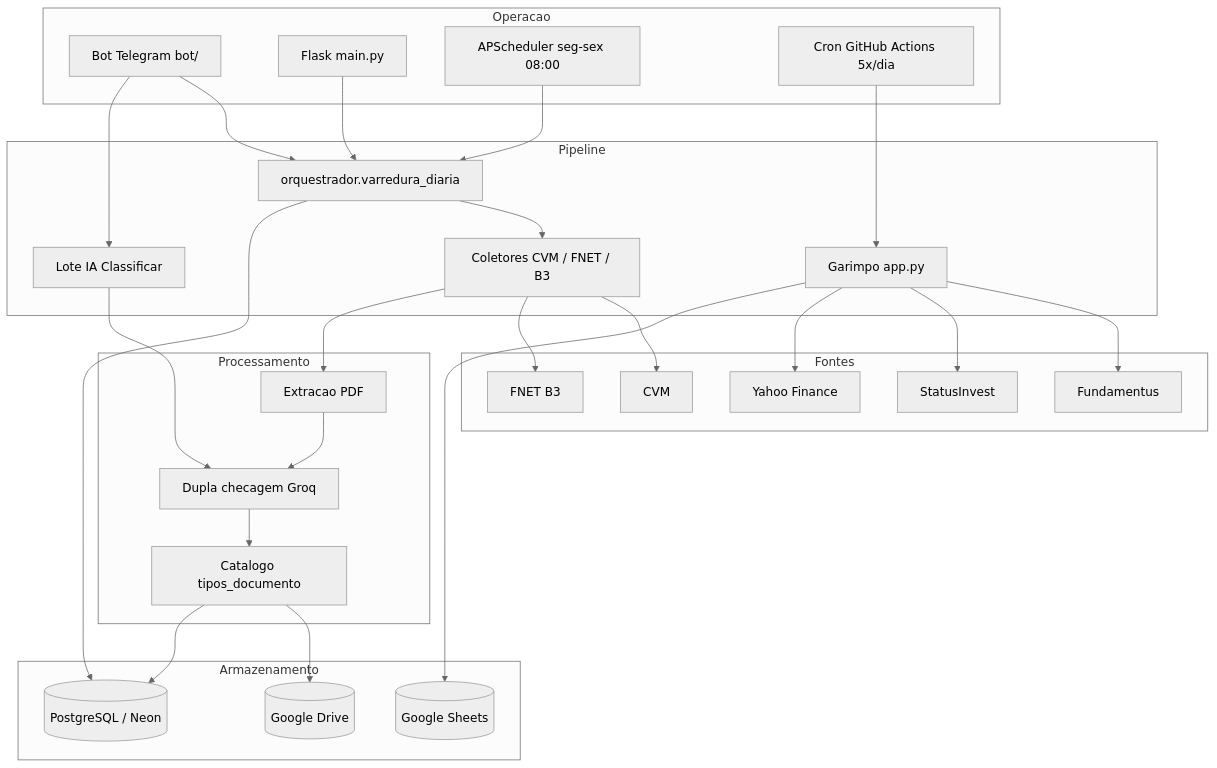
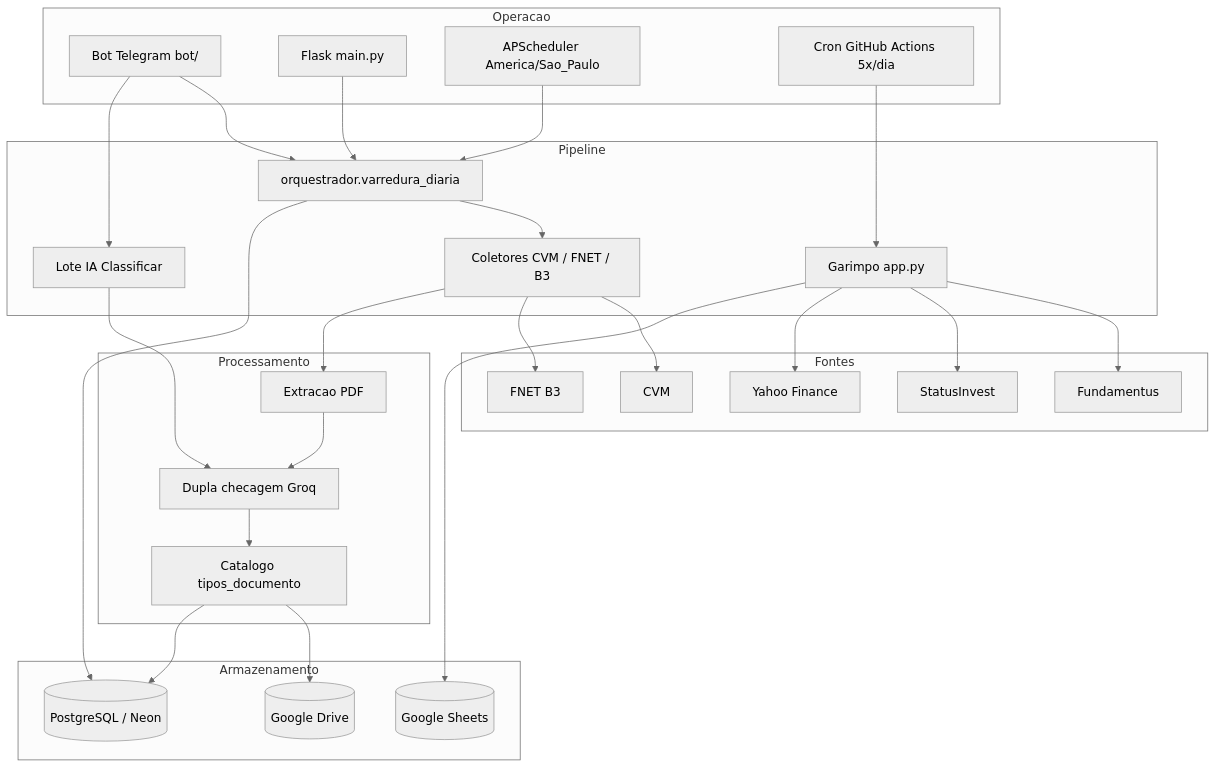
The diagram in README.md (WandesonMarcone/robo-financeiro), drawn with Mermaid (neutral theme) before and after one commit. The commit also changed other lines of this file and 9 other files, not shown here.

````diff
--- a/README.md
+++ b/README.md
@@ -36,51 +36,51 @@
 ```mermaid
 graph TD
     subgraph Operacao
         BOT["Bot Telegram bot/"]
         WEB["Flask main.py"]
-        SCH["APScheduler seg-sex 08:00"]
+        SCH["APScheduler America/Sao_Paulo"]
         ACT["Cron GitHub Actions 5x/dia"]
     end
     subgraph Pipeline
         ORC["orquestrador.varredura_diaria"]
         GAR["Garimpo app.py"]
         COL["Coletores CVM / FNET / B3"]
         LOTE["Lote IA Classificar"]
     end
     subgraph Fontes
         CVM["CVM"]
         FNET["FNET B3"]
         FUND["Fundamentus"]
         SI["StatusInvest"]
         YF["Yahoo Finance"]
     end
     subgraph Processamento
         PDF["Extracao PDF"]
         IA["Dupla checagem Groq"]
         CAT["Catalogo tipos_documento"]
     end
     subgraph Armazenamento
         DB[("PostgreSQL / Neon")]
         SHEET[("Google Sheets")]
         DRIVE[("Google Drive")]
     end
     BOT --> ORC
     BOT --> LOTE
     WEB --> ORC
     SCH --> ORC
     ACT --> GAR
     ORC --> COL
     GAR --> FUND
     GAR --> SI
     GAR --> YF
     COL --> CVM
     COL --> FNET
     COL --> PDF
     LOTE --> IA
     IA --> CAT
     CAT --> DRIVE
     CAT --> DB
     PDF --> IA
     ORC --> DB
     GAR --> SHEET
 ```
````
